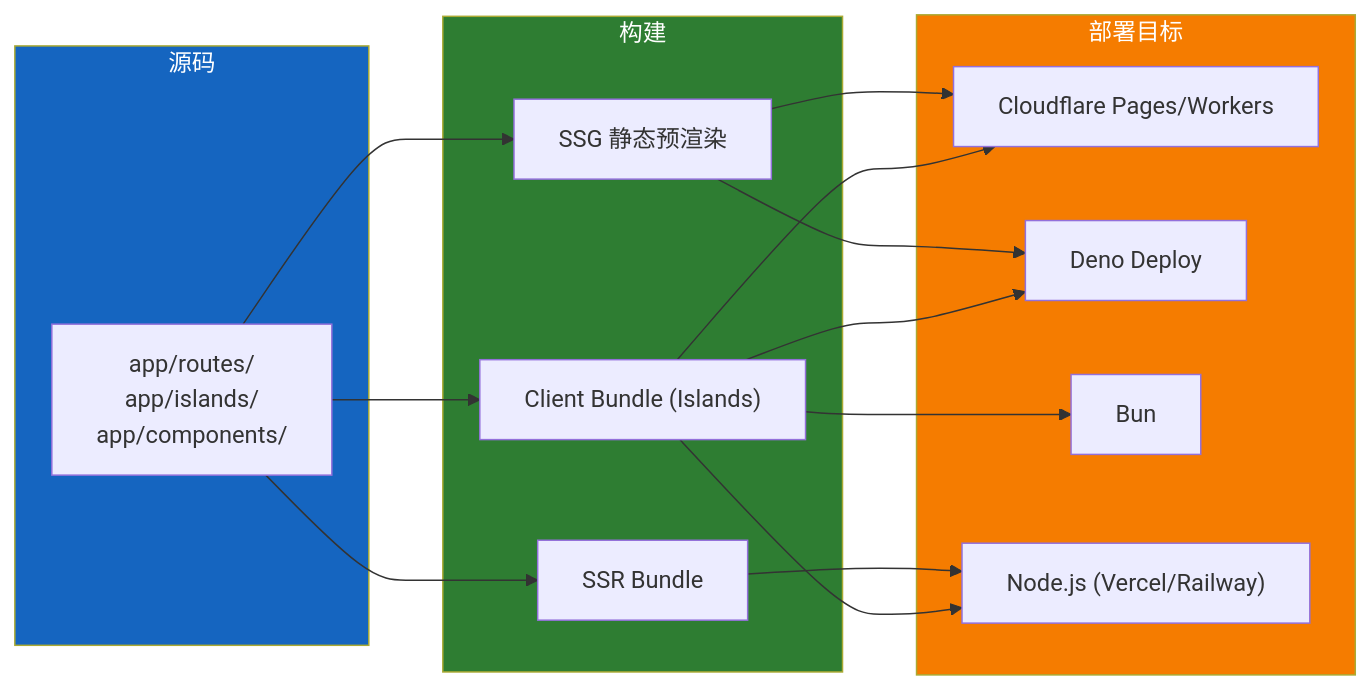
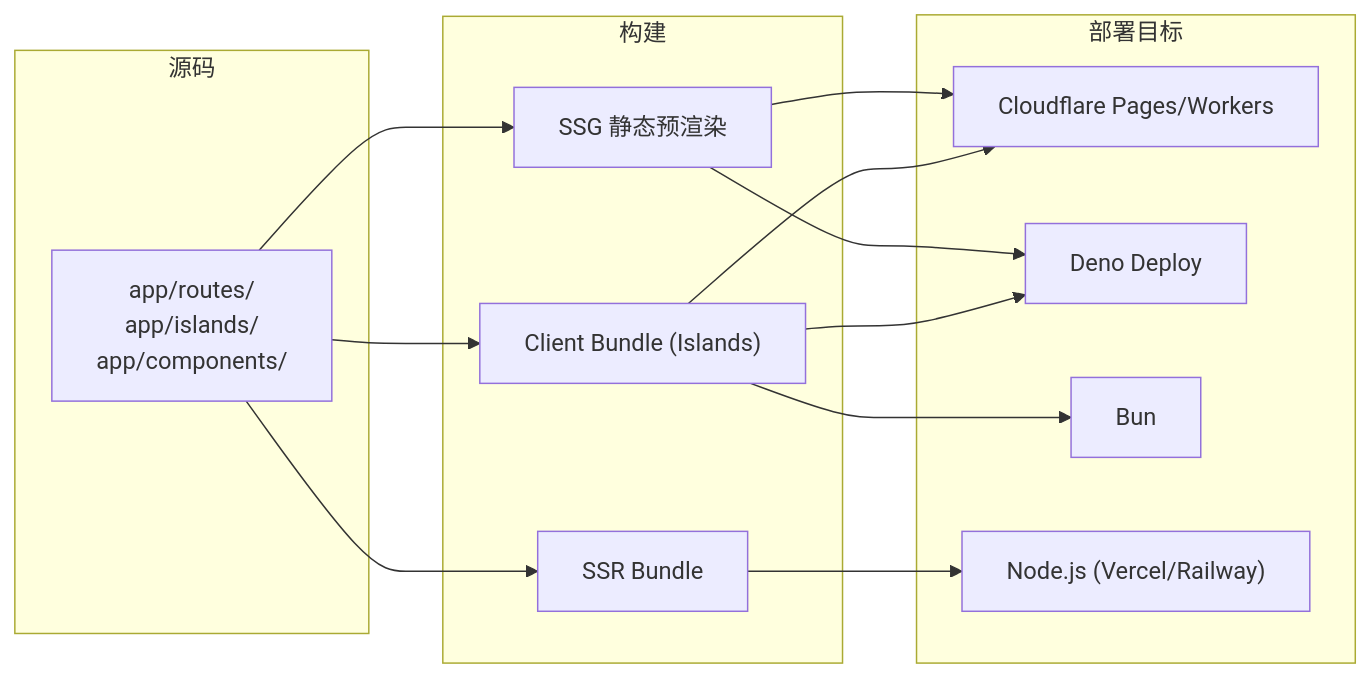
Before and after one commit to SisyphusZheng/kiss: the seventh of 8 diagrams in docs/architecture.md, drawn with Mermaid. The commit also changed other lines of this file and 73 other files, not shown here.

````diff
--- a/docs/architecture.md
+++ b/docs/architecture.md
@@ -325,35 +337,30 @@
 ```mermaid
 flowchart LR
     subgraph Source["源码"]
         Code["app/routes/<br/>app/islands/<br/>app/components/"]
     end
 
     subgraph Build["构建"]
         SSG["SSG 静态预渲染"]
         SSR_Bundle["SSR Bundle"]
         ClientBundle["Client Bundle (Islands)"]
     end
 
     subgraph Deploy["部署目标"]
         CF["Cloudflare Pages/Workers"]
         Deno["Deno Deploy"]
         Bun["Bun"]
         Node["Node.js (Vercel/Railway)"]
     end
 
     Code --> SSG
     Code --> SSR_Bundle
     Code --> ClientBundle
 
     SSG --> CF
     SSG --> Deno
     SSR_Bundle --> Node
     ClientBundle --> CF
     ClientBundle --> Deno
     ClientBundle --> Bun
-    ClientBundle --> Node
-
-    style Source fill:#1565C0,color:#fff
-    style Build fill:#2E7D32,color:#fff
-    style Deploy fill:#F57C00,color:#fff
 ```
````
